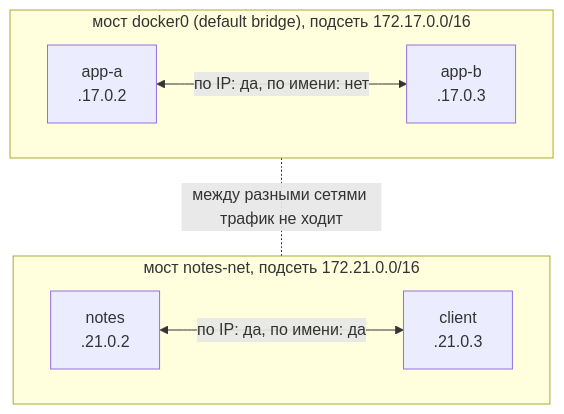
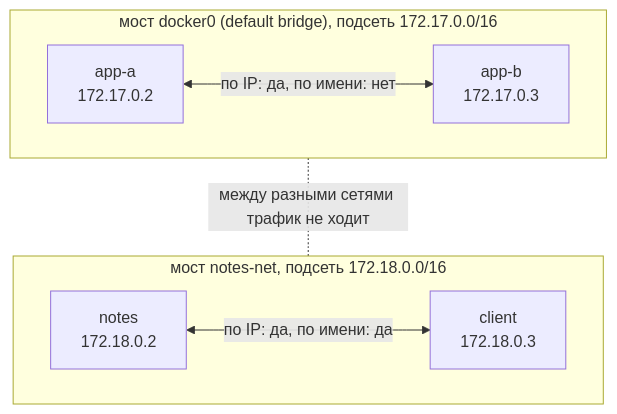
The sixth of 10 diagrams in devops/04-docker/03-storage-networks.md (distinguished-sre/learning), drawn with Mermaid before and after one commit. The commit also changed other lines of this file and 462 other files, not shown here.

````diff
--- a/devops/04-docker/03-storage-networks.md
+++ b/devops/04-docker/03-storage-networks.md
@@ -327,14 +327,14 @@
 ```mermaid
 flowchart TB
     subgraph B1["мост docker0 (default bridge), подсеть 172.17.0.0/16"]
-        A1["app-a<br>.17.0.2"]
-        A2["app-b<br>.17.0.3"]
+        A1["app-a<br>172.17.0.2"]
+        A2["app-b<br>172.17.0.3"]
     end
-    subgraph B2["мост notes-net, подсеть 172.21.0.0/16"]
-        N1["notes<br>.21.0.2"]
-        N2["client<br>.21.0.3"]
+    subgraph B2["мост notes-net, подсеть 172.18.0.0/16"]
+        N1["notes<br>172.18.0.2"]
+        N2["client<br>172.18.0.3"]
     end
     A1 <-->|"по IP: да, по имени: нет"| A2
     N1 <-->|"по IP: да, по имени: да"| N2
     B1 -.-|"между разными сетями трафик не ходит"| B2
 ```
````
